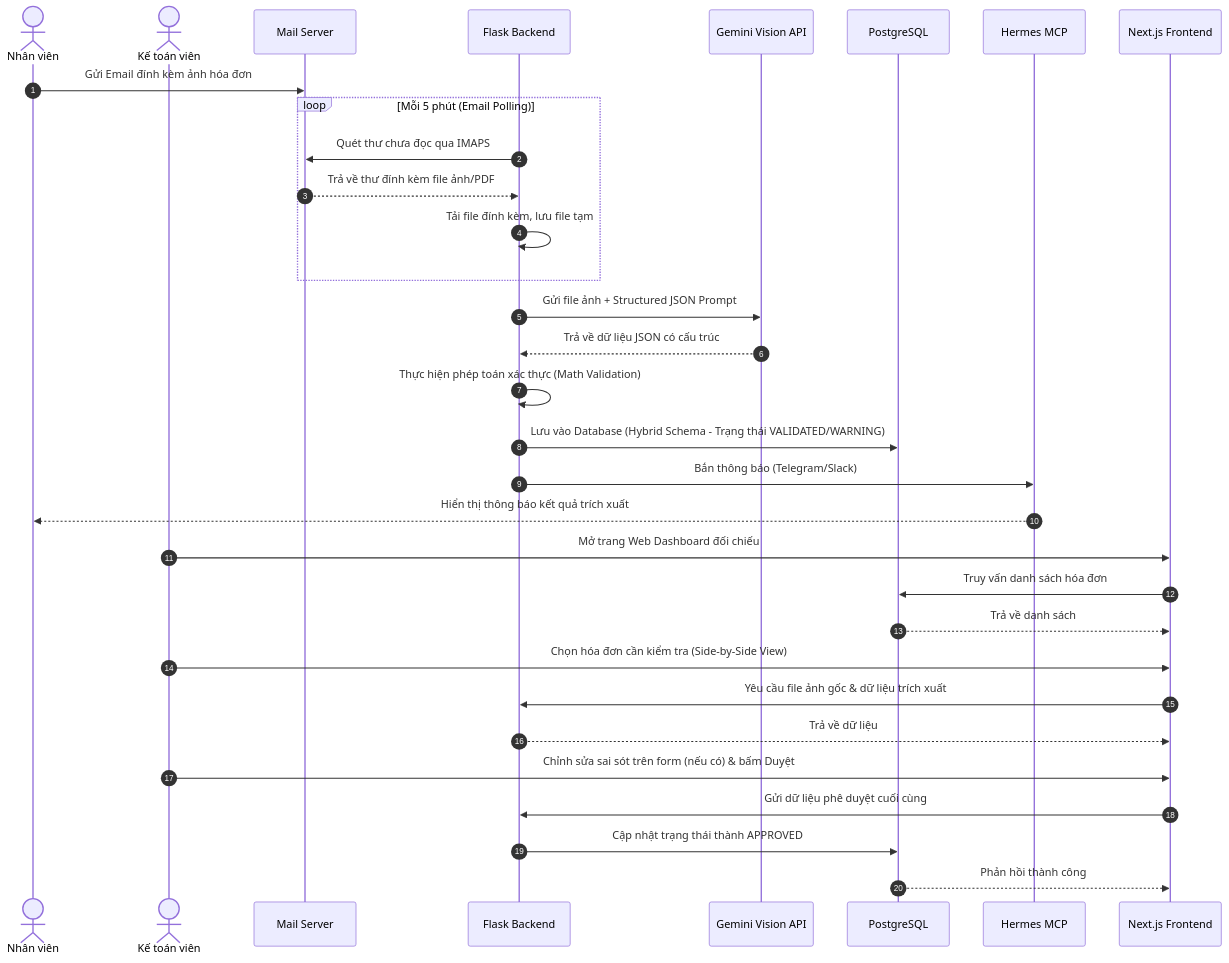
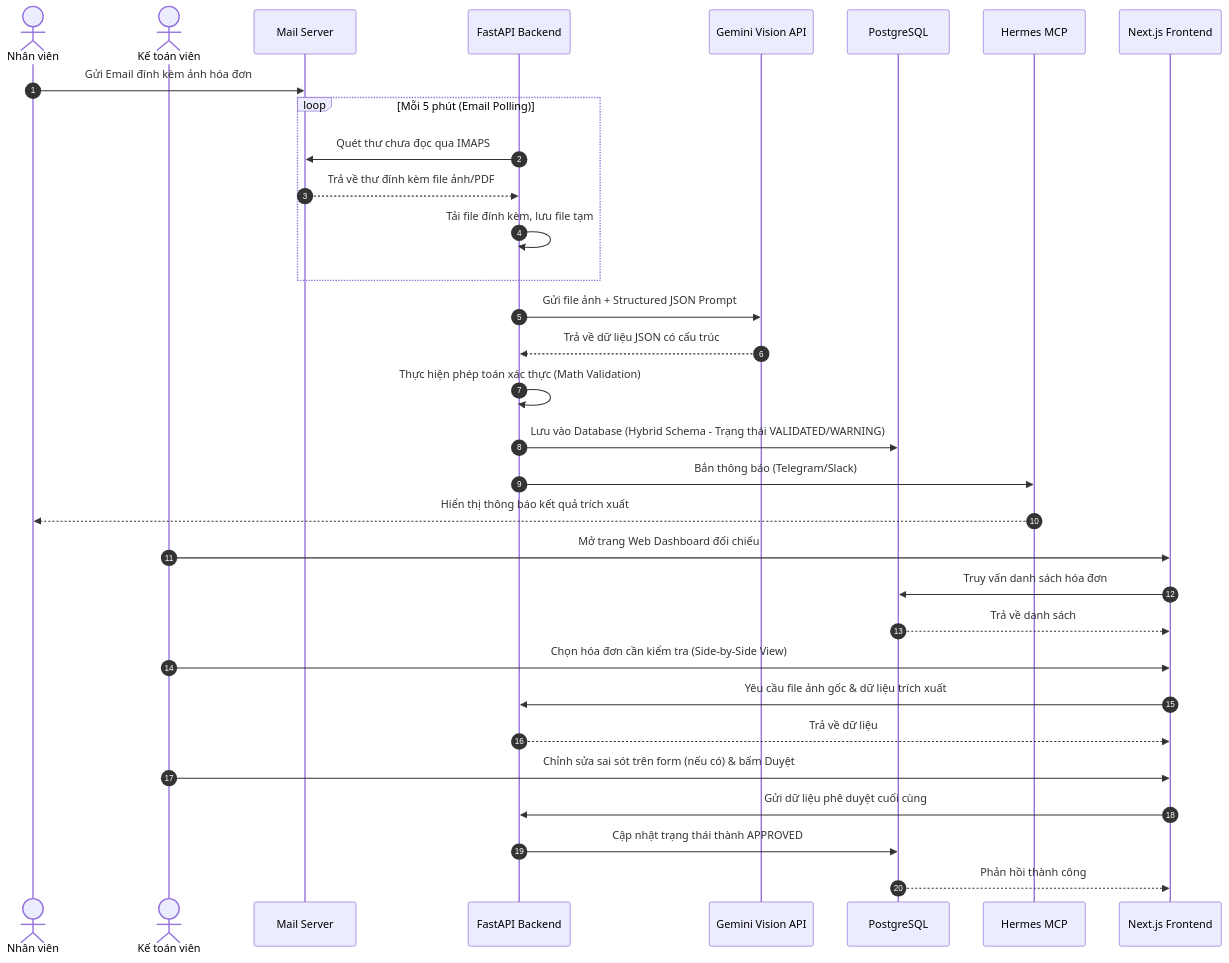
The fourth of 4 diagrams in docs/02-Design/SAD-001-ocr-invoice-architecture.md (LuongHaMinhVy/ocr-invoice-engine), drawn with Mermaid before and after one commit. The commit also changed other lines of this file and 6 other files, not shown here.

Commit message:
refactor: complete migration from Flask to FastAPI in Specs, Plans, and Task Tracker

````diff
--- a/docs/02-Design/SAD-001-ocr-invoice-architecture.md
+++ b/docs/02-Design/SAD-001-ocr-invoice-architecture.md
@@ -183,36 +183,36 @@
 ```mermaid
 sequenceDiagram
     autonumber
     actor Nhân viên
     actor Kế toán viên
     participant EM as Mail Server
-    participant BK as Flask Backend
+    participant BK as FastAPI Backend
     participant GM as Gemini Vision API
     participant DB as PostgreSQL
     participant HS as Hermes MCP
     participant FE as Next.js Frontend
 
     Nhân viên->>EM: Gửi Email đính kèm ảnh hóa đơn
     loop Mỗi 5 phút (Email Polling)
         BK->>EM: Quét thư chưa đọc qua IMAPS
         EM-->>BK: Trả về thư đính kèm file ảnh/PDF
         BK->>BK: Tải file đính kèm, lưu file tạm
     end
     BK->>GM: Gửi file ảnh + Structured JSON Prompt
     GM-->>BK: Trả về dữ liệu JSON có cấu trúc
     BK->>BK: Thực hiện phép toán xác thực (Math Validation)
     BK->>DB: Lưu vào Database (Hybrid Schema - Trạng thái VALIDATED/WARNING)
     BK->>HS: Bắn thông báo (Telegram/Slack)
     HS-->>Nhân viên: Hiển thị thông báo kết quả trích xuất
     
     Kế toán viên->>FE: Mở trang Web Dashboard đối chiếu
     FE->>DB: Truy vấn danh sách hóa đơn
     DB-->>FE: Trả về danh sách
     Kế toán viên->>FE: Chọn hóa đơn cần kiểm tra (Side-by-Side View)
     FE->>BK: Yêu cầu file ảnh gốc & dữ liệu trích xuất
     BK-->>FE: Trả về dữ liệu
     Kế toán viên->>FE: Chỉnh sửa sai sót trên form (nếu có) & bấm Duyệt
     FE->>BK: Gửi dữ liệu phê duyệt cuối cùng
     BK->>DB: Cập nhật trạng thái thành APPROVED
     DB-->>FE: Phản hồi thành công
 ```
````
